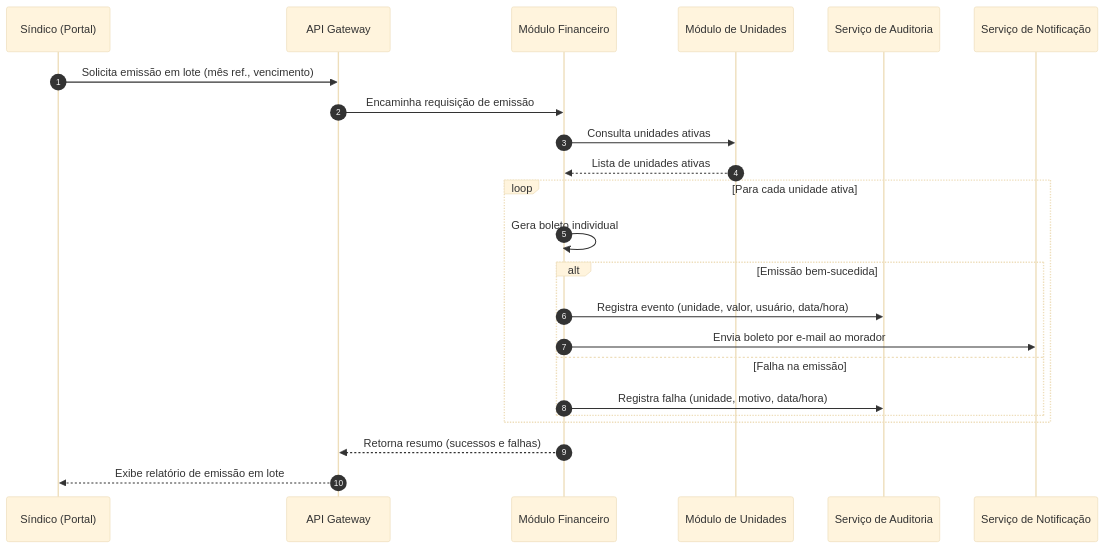
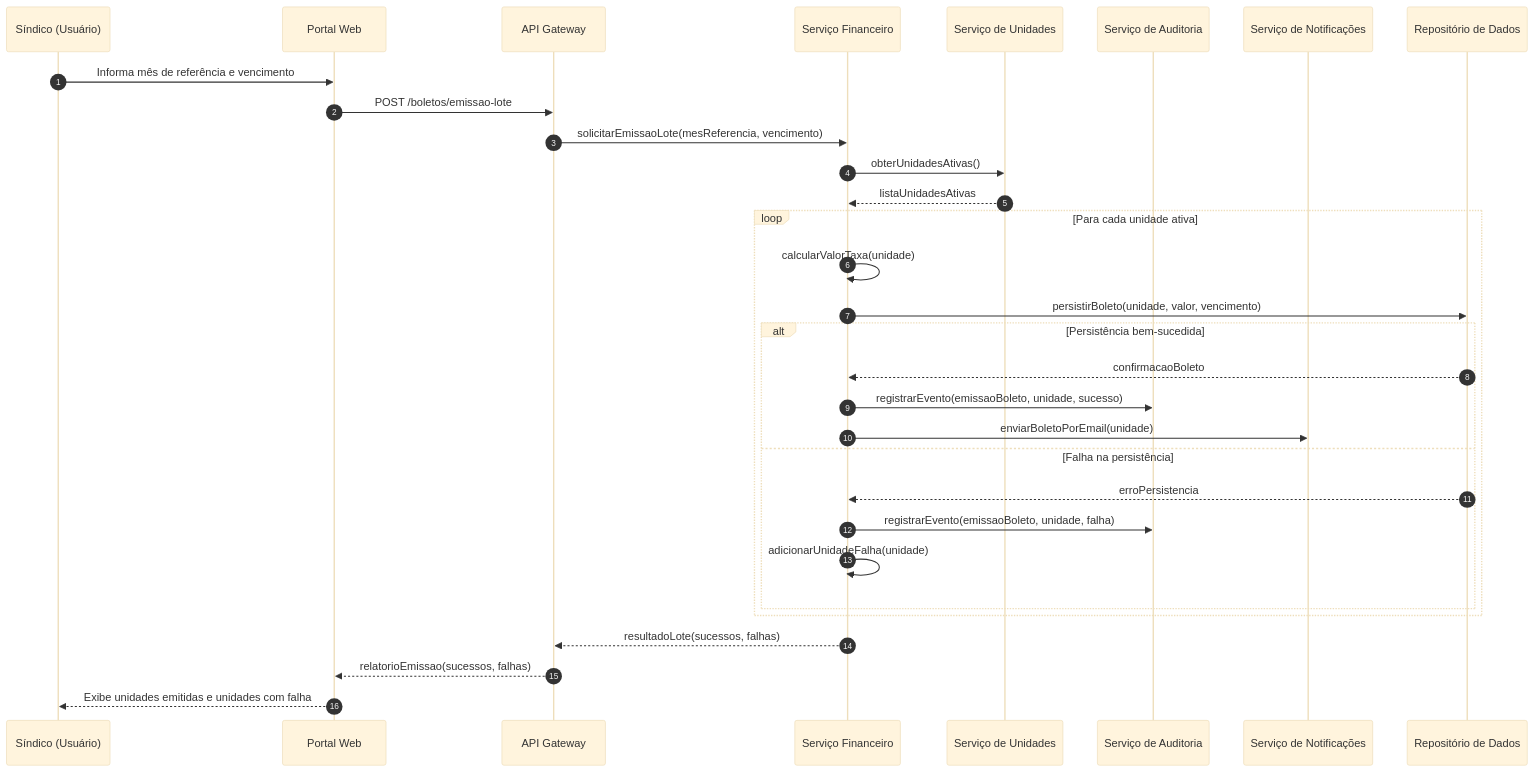
One commit to PDC-ESIA/AI4ES changed the second of 3 diagrams in docs/Time_2_Design/analise-qualitativa/outputs/relatorio_claude_sonnet_5_M04.md. Above: the diagram before and after it, drawn with Mermaid (base theme). The commit also changed other lines of this file and 93 other files, not shown here.

````diff
--- a/docs/Time_2_Design/analise-qualitativa/outputs/relatorio_claude_sonnet_5_M04.md
+++ b/docs/Time_2_Design/analise-qualitativa/outputs/relatorio_claude_sonnet_5_M04.md
@@ -106,28 +104,36 @@
 ```mermaid
 sequenceDiagram
     autonumber
-    participant SIND as Síndico (Portal)
-    participant API as API Gateway
-    participant FIN as Módulo Financeiro
-    participant UNI as Módulo de Unidades
-    participant LOG as Serviço de Auditoria
-    participant NOT as Serviço de Notificação
+    participant Sindico as Síndico (Usuário)
+    participant Portal as Portal Web
+    participant Gateway as API Gateway
+    participant Financeiro as Serviço Financeiro
+    participant Unidade as Serviço de Unidades
+    participant Auditoria as Serviço de Auditoria
+    participant Notificacao as Serviço de Notificações
+    participant Repositorio as Repositório de Dados
 
-    SIND->>API: Solicita emissão em lote (mês ref., vencimento)
-    API->>FIN: Encaminha requisição de emissão
-    FIN->>UNI: Consulta unidades ativas
-    UNI-->>FIN: Lista de unidades ativas
+    Sindico->>Portal: Informa mês de referência e vencimento
+    Portal->>Gateway: POST /boletos/emissao-lote
+    Gateway->>Financeiro: solicitarEmissaoLote(mesReferencia, vencimento)
+    Financeiro->>Unidade: obterUnidadesAtivas()
+    Unidade-->>Financeiro: listaUnidadesAtivas
 
     loop Para cada unidade ativa
-        FIN->>FIN: Gera boleto individual
-        alt Emissão bem-sucedida
-            FIN->>LOG: Registra evento (unidade, valor, usuário, data/hora)
-            FIN->>NOT: Envia boleto por e-mail ao morador
-        else Falha na emissão
-            FIN->>LOG: Registra falha (unidade, motivo, data/hora)
+        Financeiro->>Financeiro: calcularValorTaxa(unidade)
+        Financeiro->>Repositorio: persistirBoleto(unidade, valor, vencimento)
+        alt Persistência bem-sucedida
+            Repositorio-->>Financeiro: confirmacaoBoleto
+            Financeiro->>Auditoria: registrarEvento(emissaoBoleto, unidade, sucesso)
+            Financeiro->>Notificacao: enviarBoletoPorEmail(unidade)
+        else Falha na persistência
+            Repositorio-->>Financeiro: erroPersistencia
+            Financeiro->>Auditoria: registrarEvento(emissaoBoleto, unidade, falha)
+            Financeiro->>Financeiro: adicionarUnidadeFalha(unidade)
         end
     end
 
-    FIN-->>API: Retorna resumo (sucessos e falhas)
-    API-->>SIND: Exibe relatório de emissão em lote
+    Financeiro-->>Gateway: resultadoLote(sucessos, falhas)
+    Gateway-->>Portal: relatorioEmissao(sucessos, falhas)
+    Portal-->>Sindico: Exibe unidades emitidas e unidades com falha
 ```
````
